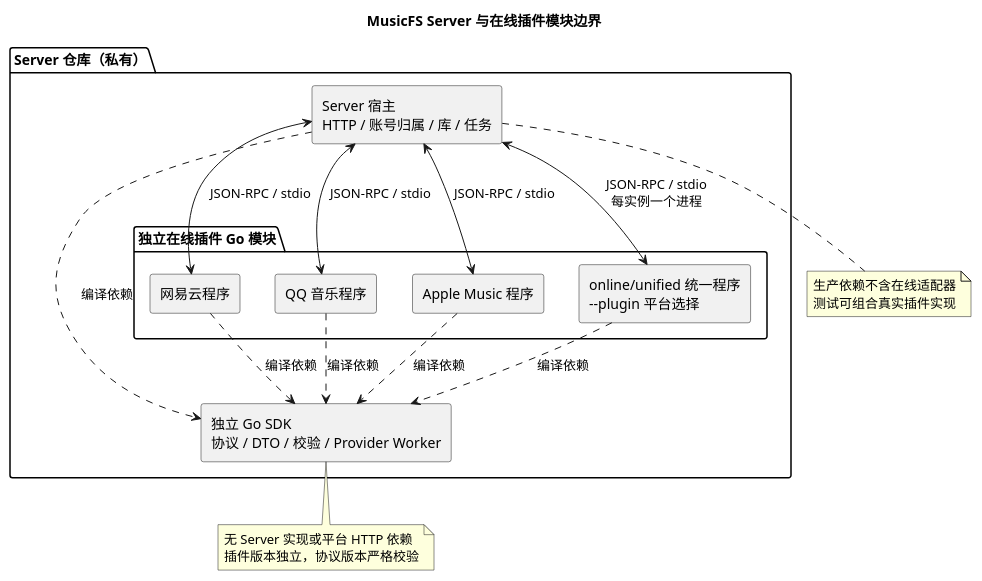
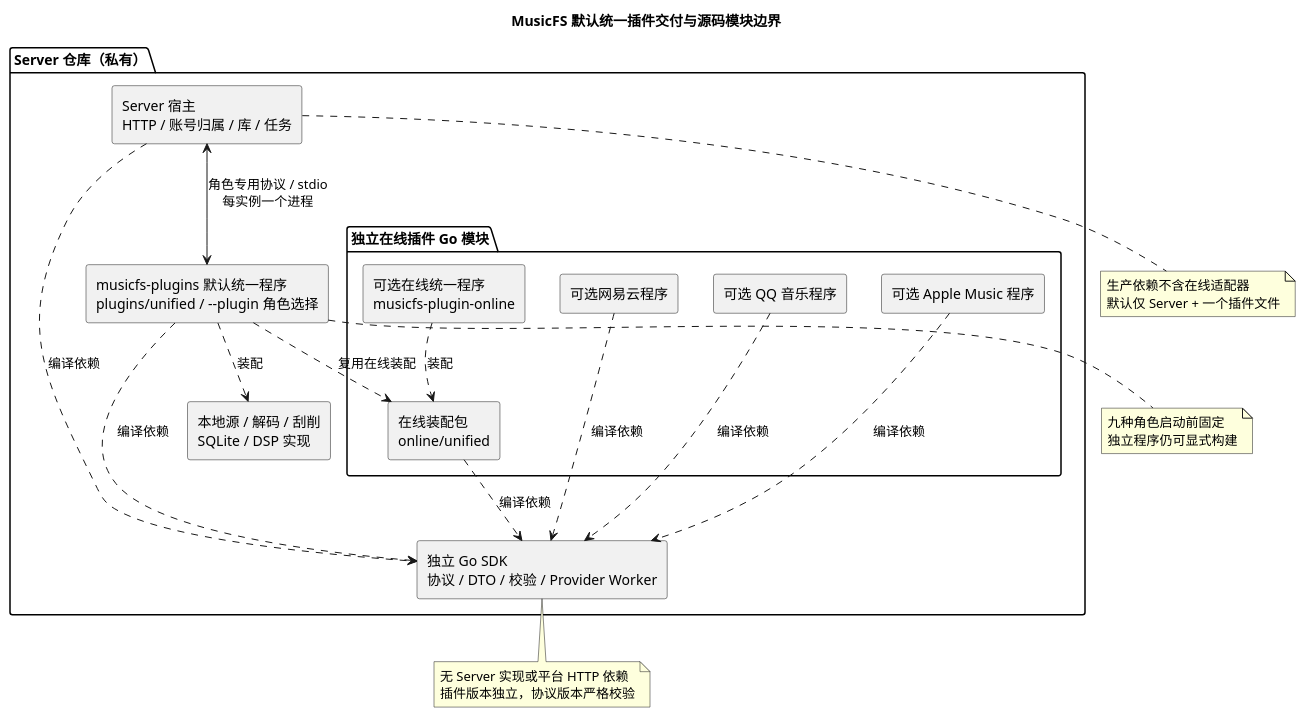
Before and after one commit to fnMrRice/MusicFS: the diagram in docs/diagrams/server-plugin-sdk.puml, drawn with PlantUML. The commit also changed 1 other file, not shown here.

Commit message:
feat(plugins): 同步默认全量统一插件交付

```diff
--- a/docs/diagrams/server-plugin-sdk.puml
+++ b/docs/diagrams/server-plugin-sdk.puml
@@ -1,34 +1,42 @@
 @startuml
-title MusicFS Server 与在线插件模块边界
+title MusicFS 默认统一插件交付与源码模块边界
 skinparam componentStyle rectangle
 
 package "Server 仓库（私有）" {
   component "Server 宿主\nHTTP / 账号归属 / 库 / 任务" as host
   component "独立 Go SDK\n协议 / DTO / 校验 / Provider Worker" as sdk
+  component "musicfs-plugins 默认统一程序\nplugins/unified / --plugin 角色选择" as bundle
+  component "本地源 / 解码 / 刮削\nSQLite / DSP 实现" as local
   package "独立在线插件 Go 模块" {
-    component "网易云程序" as netease
-    component "QQ 音乐程序" as qq
-    component "Apple Music 程序" as apple
-    component "online/unified 统一程序\n--plugin 平台选择" as unified
+    component "可选网易云程序" as netease
+    component "可选 QQ 音乐程序" as qq
+    component "可选 Apple Music 程序" as apple
+    component "在线装配包\nonline/unified" as unified
+    component "可选在线统一程序\nmusicfs-plugin-online" as onlinecmd
   }
 }
 
 host ..> sdk : 编译依赖
+bundle ..> sdk : 编译依赖
+bundle ..> local : 装配
+bundle ..> unified : 复用在线装配
 netease ..> sdk : 编译依赖
 qq ..> sdk : 编译依赖
 apple ..> sdk : 编译依赖
 unified ..> sdk : 编译依赖
-host <--> netease : JSON-RPC / stdio
-host <--> qq : JSON-RPC / stdio
-host <--> apple : JSON-RPC / stdio
-host <--> unified : JSON-RPC / stdio\n每实例一个进程
+onlinecmd ..> unified : 装配
+host <--> bundle : 角色专用协议 / stdio\n每实例一个进程
 
 note bottom of sdk
   无 Server 实现或平台 HTTP 依赖
   插件版本独立，协议版本严格校验
 end note
 note bottom of host
   生产依赖不含在线适配器
-  测试可组合真实插件实现
+  默认仅 Server + 一个插件文件
+end note
+note bottom of bundle
+  九种角色启动前固定
+  独立程序仍可显式构建
 end note
 @enduml
```
